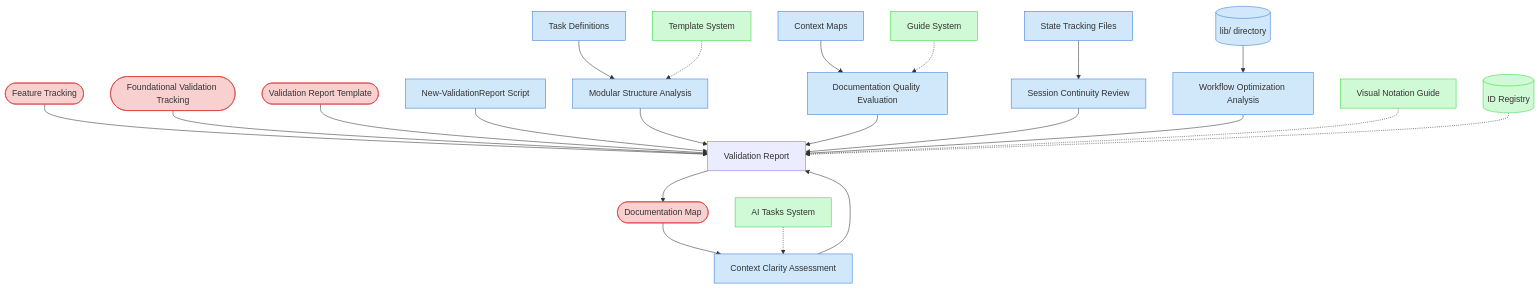
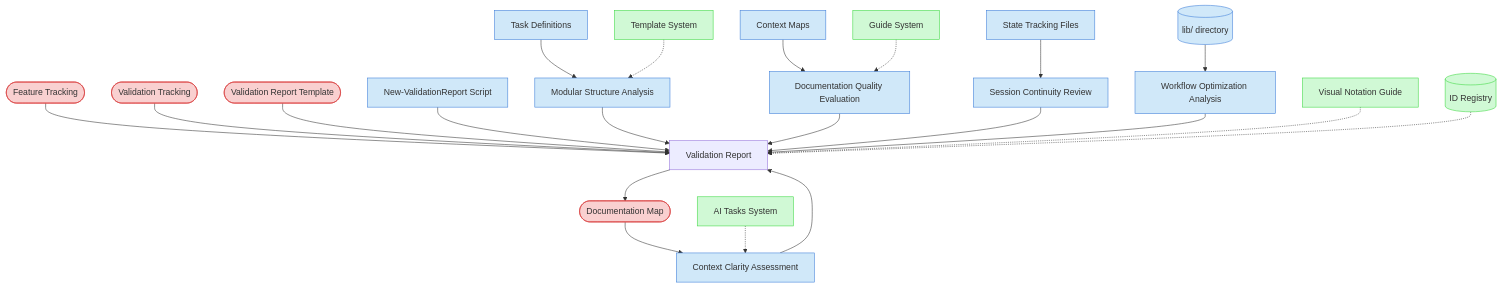
The diagram in doc/process-framework/visualization/context-maps/05-validation/ai-agent-continuity-validation-map.md (Abtomation/LinkWatcher), drawn with Mermaid before and after one commit. The commit also changed other lines of this file and 457 other files, not shown here.

````diff
--- a/doc/process-framework/visualization/context-maps/05-validation/ai-agent-continuity-validation-map.md
+++ b/doc/process-framework/visualization/context-maps/05-validation/ai-agent-continuity-validation-map.md
@@ -20,34 +20,34 @@
 ```mermaid
 graph TD
     classDef critical fill:#f9d0d0,stroke:#d83a3a
     classDef important fill:#d0e8f9,stroke:#3a7bd8
     classDef reference fill:#d0f9d5,stroke:#3ad83f
 
     FT([Feature Tracking]) --> VR[Validation Report]
-    FVT([Foundational Validation Tracking]) --> VR
+    FVT([Validation Tracking]) --> VR
     VRT([Validation Report Template]) --> VR
     DM([Documentation Map]) --> CCA[Context Clarity Assessment]
 
     TASKS[Task Definitions] --> MSA[Modular Structure Analysis]
     CMAPS[Context Maps] --> DQE[Documentation Quality Evaluation]
     STATE[State Tracking Files] --> SCR[Session Continuity Review]
     LIB[(lib/ directory)] --> WOA[Workflow Optimization Analysis]
     NVRS[New-ValidationReport Script] --> VR
 
     CCA --> VR
     MSA --> VR
     DQE --> VR
     SCR --> VR
     WOA --> VR
     VR --> DM
 
     AITASKS[AI Tasks System] -.-> CCA
     TEMPLATES[Template System] -.-> MSA
     GUIDES[Guide System] -.-> DQE
     VNG[Visual Notation Guide] -.-> VR
     IDR[(ID Registry)] -.-> VR
 
     class FT,FVT,VRT,DM critical
     class TASKS,CMAPS,STATE,LIB,NVRS,CCA,MSA,DQE,SCR,WOA important
     class AITASKS,TEMPLATES,GUIDES,VNG,IDR reference
 ```
````
